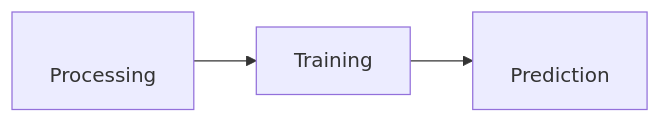
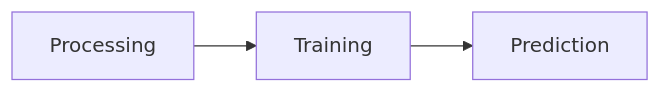
One commit to NeuroTech-Leuven/BrainBrowsR changed the diagram in docs/data_processing/riemannian.md. Above: the diagram before and after it, drawn with Mermaid.

````diff
--- a/docs/data_processing/riemannian.md
+++ b/docs/data_processing/riemannian.md
@@ -63,5 +63,5 @@
 ```mermaid
 flowchart LR;
-first[<br>Processing] --> second[Training<br>] --> third[<br>Prediction]
+first[Processing] --> second[Training] --> third[Prediction]
 class first cssClass
 ```
````
